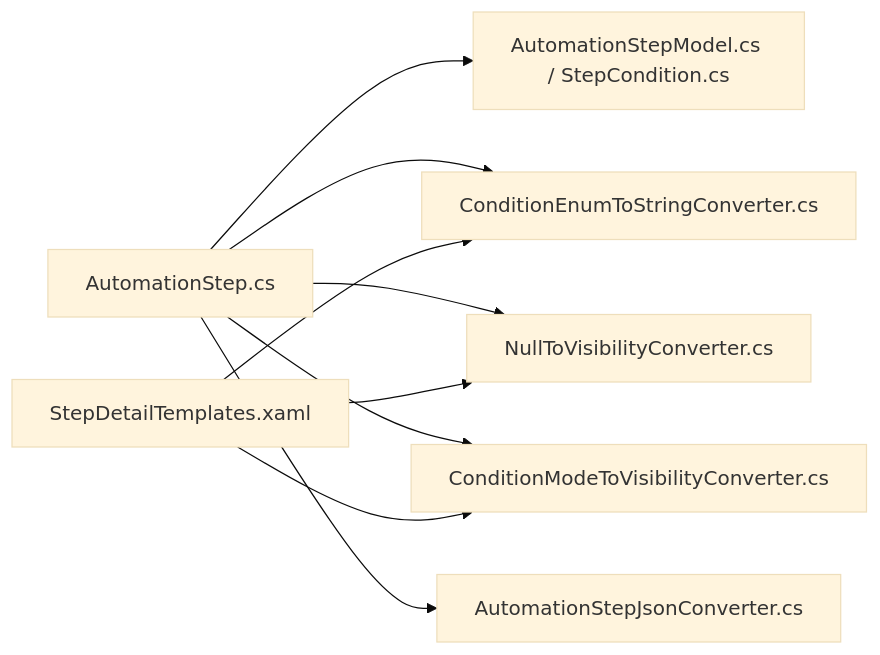
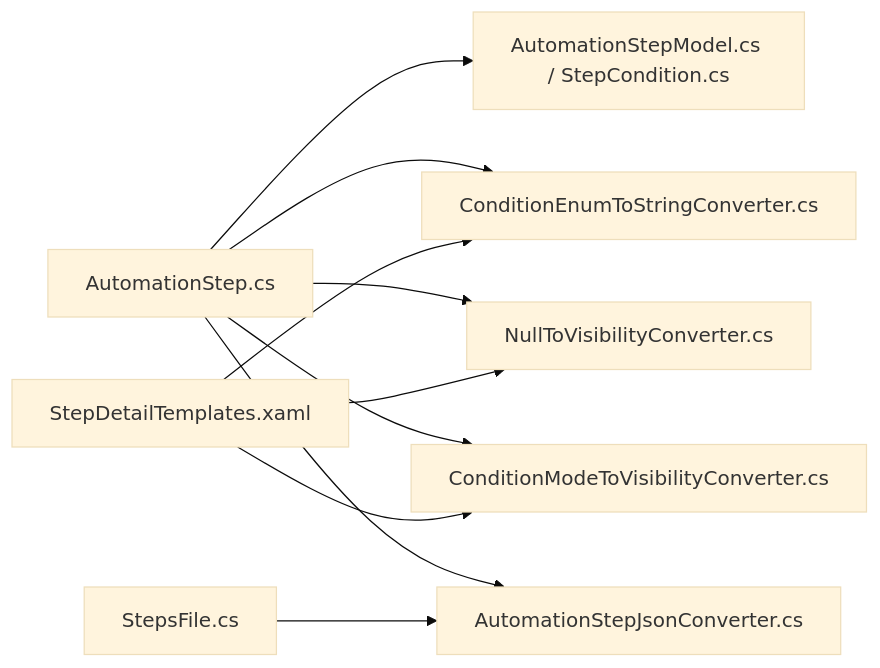
One commit to yooxii/ShaoLuAuto changed the eighth of 8 diagrams in .qoder/repowiki/zh/content/用户界面系统/数据绑定与转换器.md. Above: the diagram before and after it, drawn with Mermaid (base theme). The commit also changed other lines of this file and 45 other files, not shown here.

````diff
--- a/.qoder/repowiki/zh/content/用户界面系统/数据绑定与转换器.md
+++ b/.qoder/repowiki/zh/content/用户界面系统/数据绑定与转换器.md
@@ -296,11 +352,12 @@
 ```mermaid
 graph LR
 VM["AutomationStep.cs"] --> M["AutomationStepModel.cs / StepCondition.cs"]
 VM --> T1["ConditionEnumToStringConverter.cs"]
 VM --> T2["NullToVisibilityConverter.cs"]
 VM --> T3["ConditionModeToVisibilityConverter.cs"]
 VM --> J["AutomationStepJsonConverter.cs"]
+U["StepsFile.cs"] --> J
 XAML["StepDetailTemplates.xaml"] --> T1
 XAML --> T2
 XAML --> T3
 ```
````
